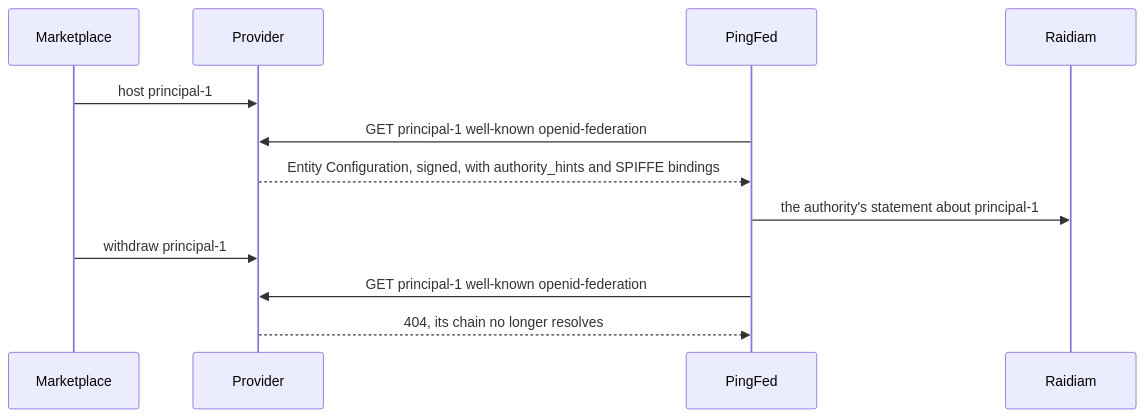
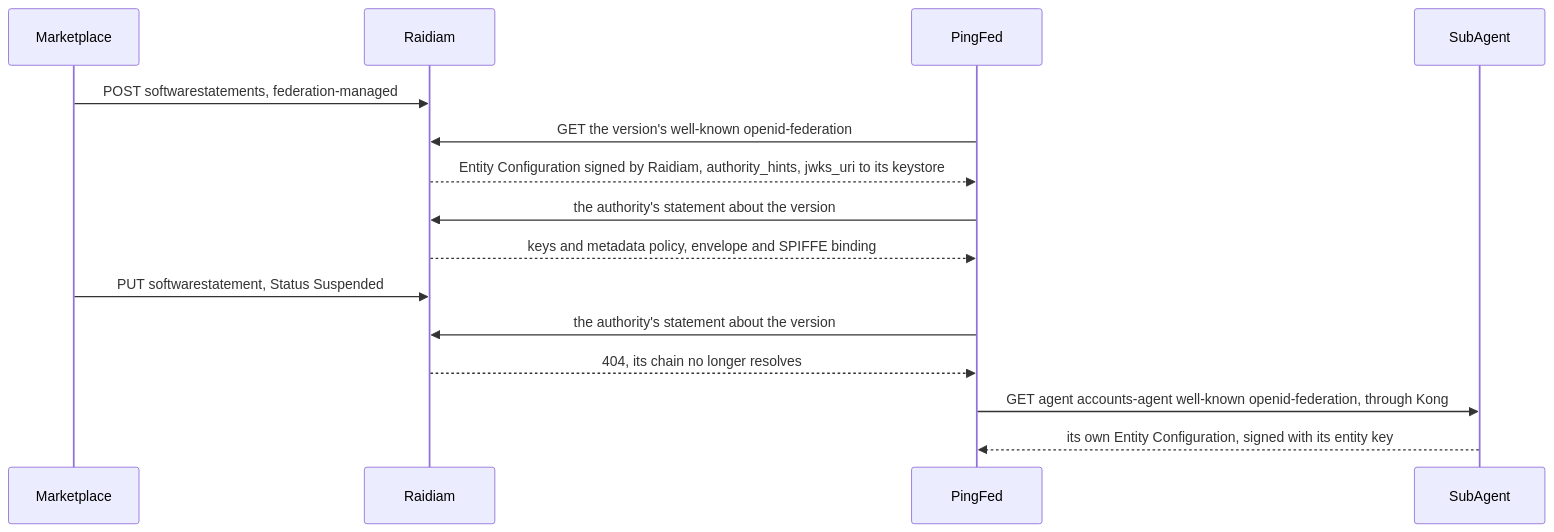
One commit to MC-IDPartners/pf-agentic-identity changed the fifth of 21 diagrams in demo/flows.md. Above: the diagram before and after it, drawn with Mermaid. The commit also changed other lines of this file and 8 other files, not shown here.

First line of the commit message:
docs: the rig without an agent provider

````diff
--- a/demo/flows.md
+++ b/demo/flows.md
@@ -165,14 +168,17 @@
 ```mermaid
 sequenceDiagram
     participant MP as Marketplace
-    participant PR as Provider
+    participant RD as Raidiam
     participant PF as PingFed
-    participant RD as Raidiam
-    MP->>PR: host principal-1
-    PF->>PR: GET principal-1 well-known openid-federation
-    PR-->>PF: Entity Configuration, signed, with authority_hints and SPIFFE bindings
-    PF->>RD: the authority's statement about principal-1
-    MP->>PR: withdraw principal-1
-    PF->>PR: GET principal-1 well-known openid-federation
-    PR-->>PF: 404, its chain no longer resolves
+    participant SA as SubAgent
+    MP->>RD: POST softwarestatements, federation-managed
+    PF->>RD: GET the version's well-known openid-federation
+    RD-->>PF: Entity Configuration signed by Raidiam, authority_hints, jwks_uri to its keystore
+    PF->>RD: the authority's statement about the version
+    RD-->>PF: keys and metadata policy, envelope and SPIFFE binding
+    MP->>RD: PUT softwarestatement, Status Suspended
+    PF->>RD: the authority's statement about the version
+    RD-->>PF: 404, its chain no longer resolves
+    PF->>SA: GET agent accounts-agent well-known openid-federation, through Kong
+    SA-->>PF: its own Entity Configuration, signed with its entity key
 ```
````
